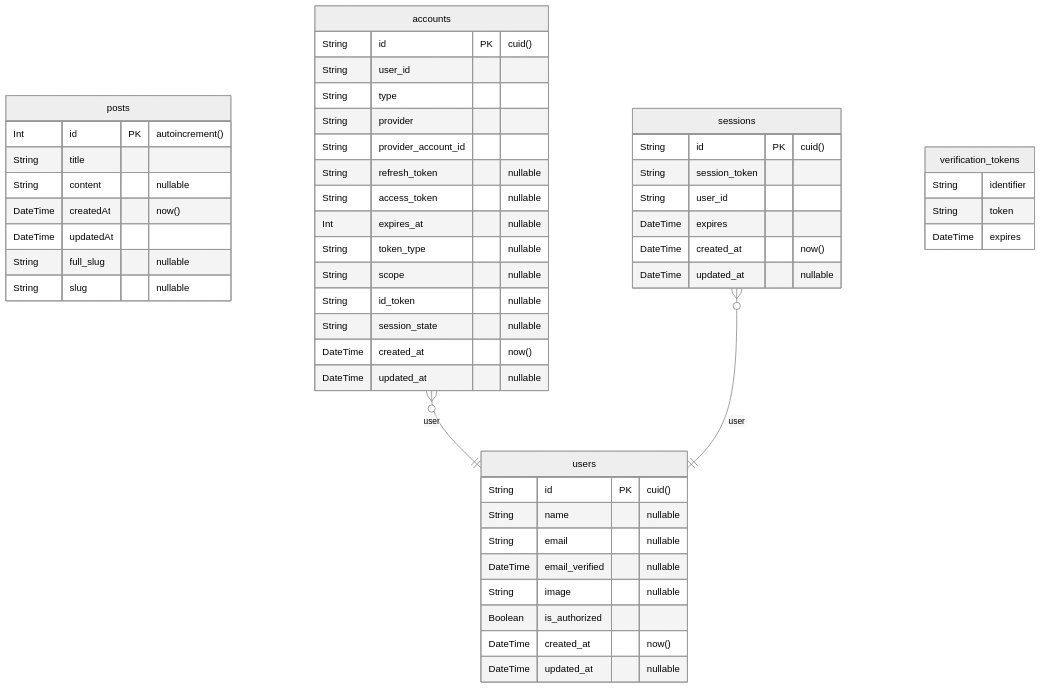
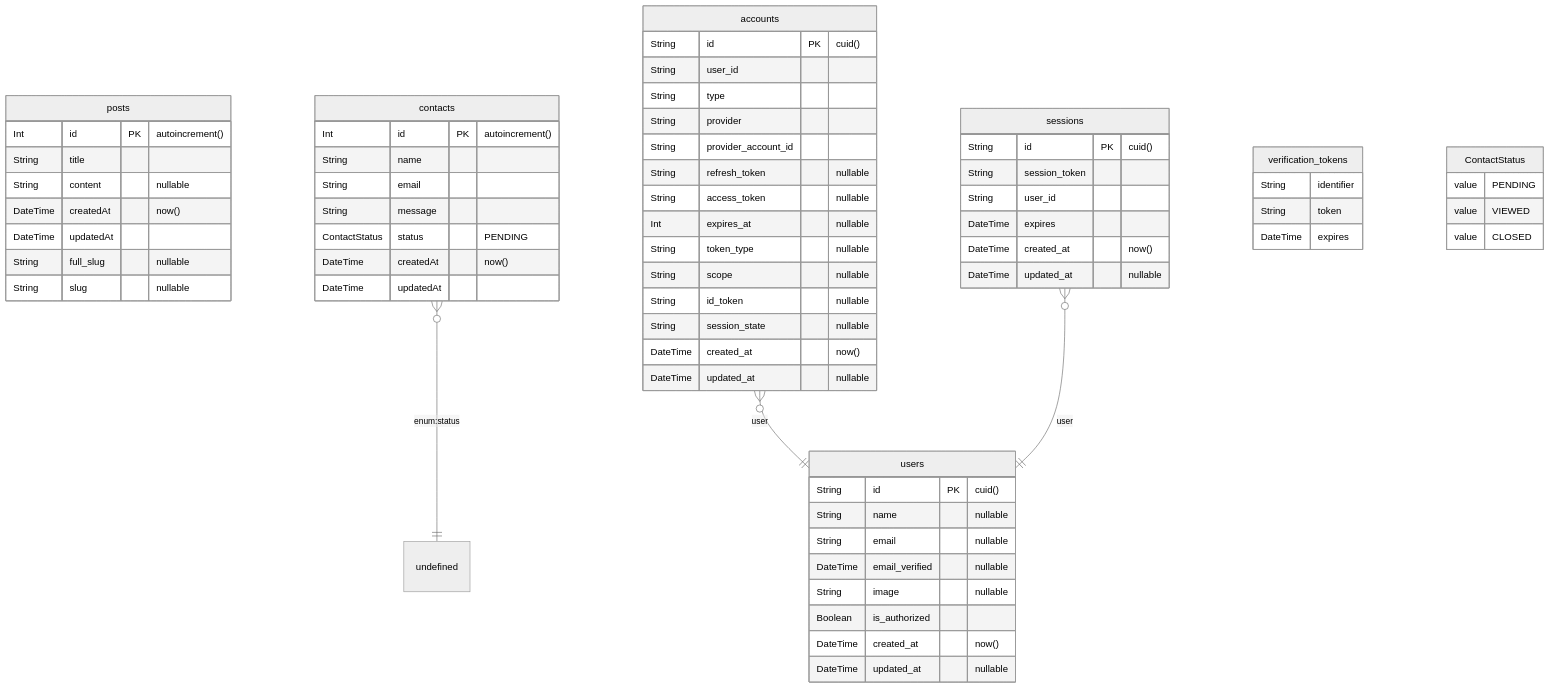
One commit to boleknowak/piotrdoniak.com changed the diagram in prisma/ERD.md. Above: the diagram before and after it, drawn with Mermaid (neutral theme). The commit also changed 7 other files, not shown here.

````diff
--- a/prisma/ERD.md
+++ b/prisma/ERD.md
@@ -1,54 +1,69 @@
 ```mermaid
 erDiagram
 	posts {
 		Int id PK  "autoincrement()"
 		String title
 		String content  "nullable"
 		DateTime createdAt  "now()"
 		DateTime updatedAt
 		String full_slug  "nullable"
 		String slug  "nullable"
+	}
+	contacts {
+		Int id PK  "autoincrement()"
+		String name
+		String email
+		String message
+		ContactStatus status "PENDING"
+		DateTime createdAt  "now()"
+		DateTime updatedAt
 	}
 	accounts {
 		String id PK  "cuid()"
 		String user_id
 		String type
 		String provider
 		String provider_account_id
 		String refresh_token  "nullable"
 		String access_token  "nullable"
 		Int expires_at  "nullable"
 		String token_type  "nullable"
 		String scope  "nullable"
 		String id_token  "nullable"
 		String session_state  "nullable"
 		DateTime created_at  "now()"
 		DateTime updated_at  "nullable"
 	}
 	sessions {
 		String id PK  "cuid()"
 		String session_token
 		String user_id
 		DateTime expires
 		DateTime created_at  "now()"
 		DateTime updated_at  "nullable"
 	}
 	users {
 		String id PK  "cuid()"
 		String name  "nullable"
 		String email  "nullable"
 		DateTime email_verified  "nullable"
 		String image  "nullable"
 		Boolean is_authorized
 		DateTime created_at  "now()"
 		DateTime updated_at  "nullable"
 	}
 	verification_tokens {
 		String identifier
 		String token
 		DateTime expires
 	}
+	ContactStatus {
+		value PENDING
+		value VIEWED
+		value CLOSED
+	}
+	contacts }o--|| undefined : "enum:status"
 	accounts }o--|| users : user
 	sessions }o--|| users : user
 
 ```
````
